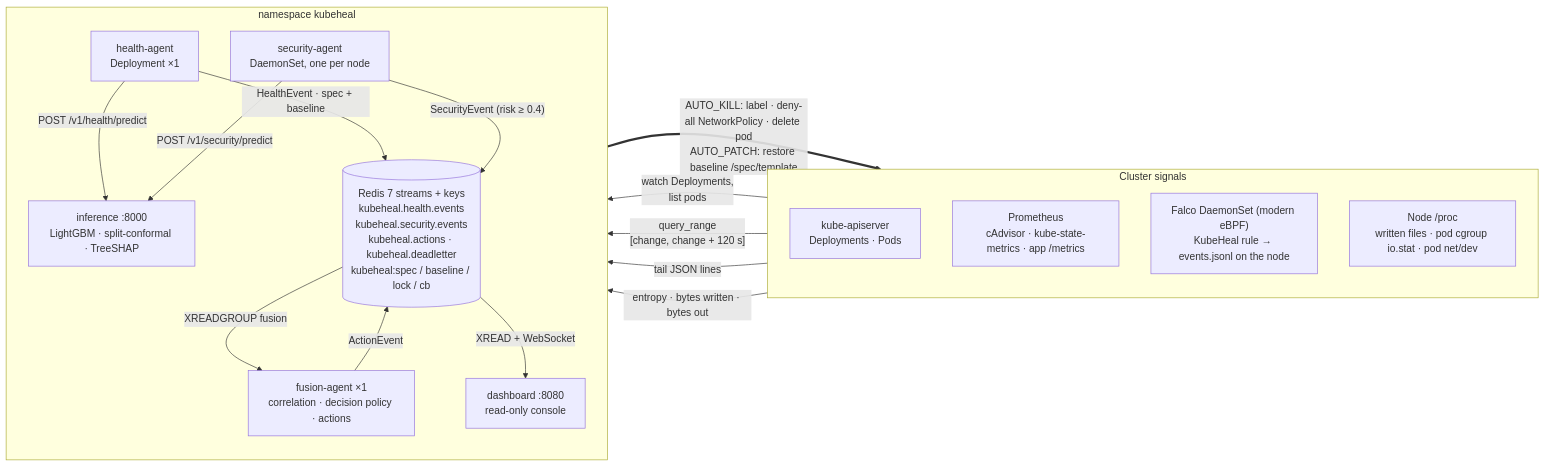
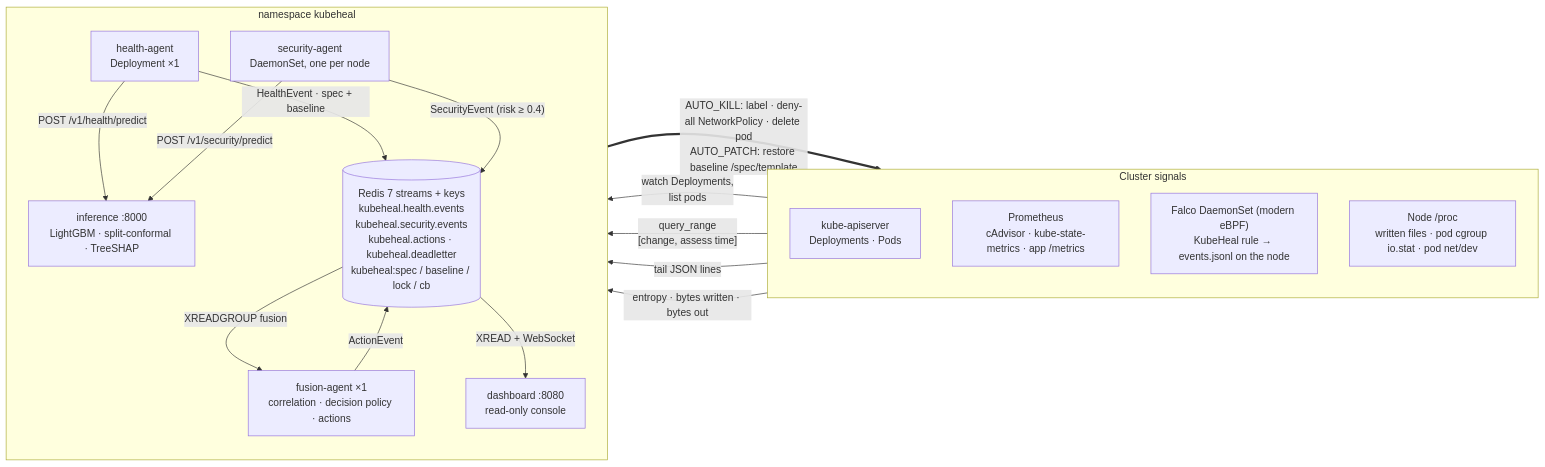
One commit to PRATHVI9607/Unisys_Model changed the diagram in README.md. Above: the diagram before and after it, drawn with Mermaid. The commit also changed other lines of this file and 3 other files, not shown here.

````diff
--- a/README.md
+++ b/README.md
@@ -11,33 +11,33 @@
 ```mermaid
 flowchart LR
   subgraph sources["Cluster signals"]
     direction TB
     API["kube-apiserver<br/>Deployments · Pods"]
     PROM["Prometheus<br/>cAdvisor · kube-state-metrics · app /metrics"]
     FALCO["Falco DaemonSet (modern eBPF)<br/>KubeHeal rule → events.jsonl on the node"]
     PROC["Node /proc<br/>written files · pod cgroup io.stat · pod net/dev"]
   end
 
   subgraph kh["namespace kubeheal"]
     direction TB
     HA["health-agent<br/>Deployment ×1"]
     SA["security-agent<br/>DaemonSet, one per node"]
     INF["inference :8000<br/>LightGBM · split-conformal · TreeSHAP"]
     R[("Redis 7 streams + keys<br/>kubeheal.health.events<br/>kubeheal.security.events<br/>kubeheal.actions · kubeheal.deadletter<br/>kubeheal:spec / baseline / lock / cb")]
     FU["fusion-agent ×1<br/>correlation · decision policy · actions"]
     DB["dashboard :8080<br/>read-only console"]
   end
 
   API -- "watch Deployments,<br/>list pods" --> HA
-  PROM -- "query_range<br/>[change, change + 120 s]" --> HA
+  PROM -- "query_range<br/>[change, assess time]" --> HA
   FALCO -- "tail JSON lines" --> SA
   PROC -- "entropy · bytes written · bytes out" --> SA
   HA -- "POST /v1/health/predict" --> INF
   SA -- "POST /v1/security/predict" --> INF
   HA -- "HealthEvent · spec + baseline" --> R
   SA -- "SecurityEvent (risk ≥ 0.4)" --> R
   R -- "XREADGROUP fusion" --> FU
   FU -- "ActionEvent" --> R
   FU == "AUTO_KILL: label · deny-all NetworkPolicy · delete pod<br/>AUTO_PATCH: restore baseline /spec/template" ==> API
   R -- "XREAD + WebSocket" --> DB
 ```
````
